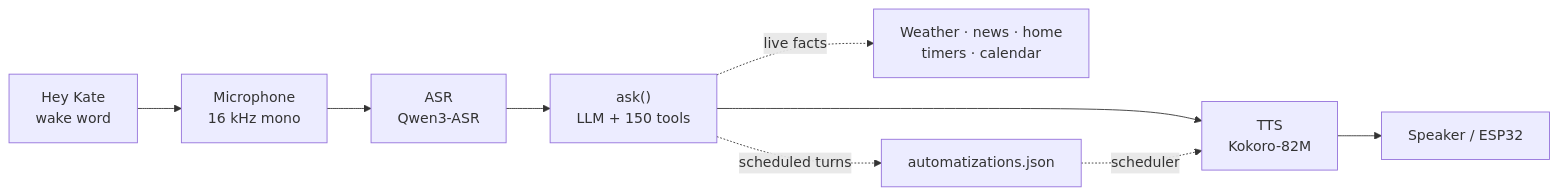
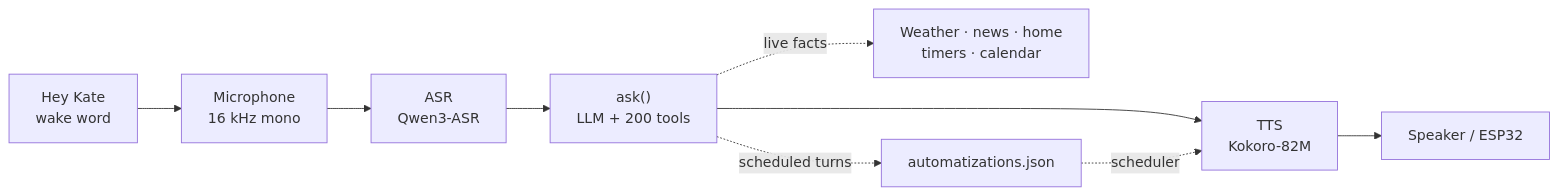
The first of 2 diagrams in README.md (conzola/kate), drawn with Mermaid before and after one commit. The commit also changed other lines of this file and 1 other file, not shown here.

Commit message:
Added 50 more tools to README.md files

````diff
--- a/README.md
+++ b/README.md
@@ -85,11 +85,11 @@
 ```mermaid
 flowchart LR
     W["Hey Kate<br/>wake word"] --> M["Microphone<br/>16 kHz mono"]
     M --> A["ASR<br/>Qwen3-ASR"]
-    A --> L["ask()<br/>LLM + 150 tools"]
+    A --> L["ask()<br/>LLM + 200 tools"]
     L --> T["TTS<br/>Kokoro-82M"]
     T --> S["Speaker / ESP32"]
     L -. "live facts" .-> X["Weather · news · home<br/>timers · calendar"]
     L -. "scheduled turns" .-> B["automatizations.json"]
     B -. "scheduler" .-> T
 ```
````
